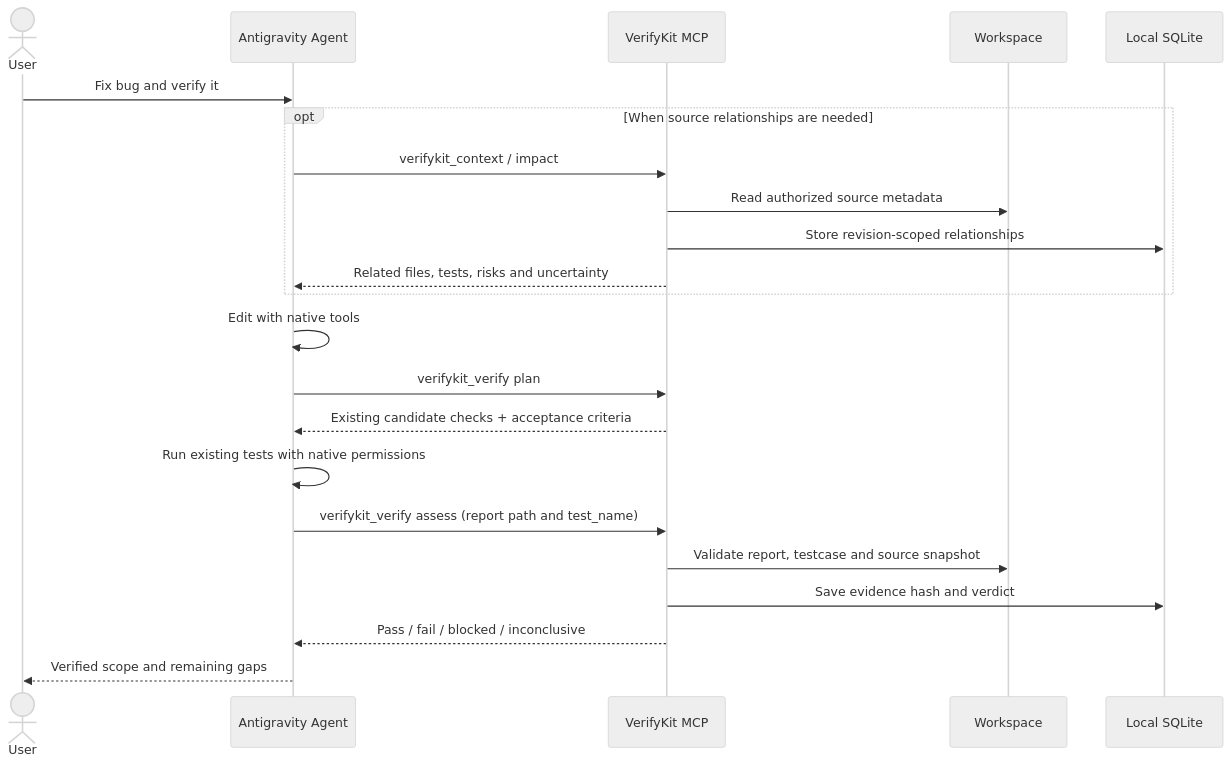
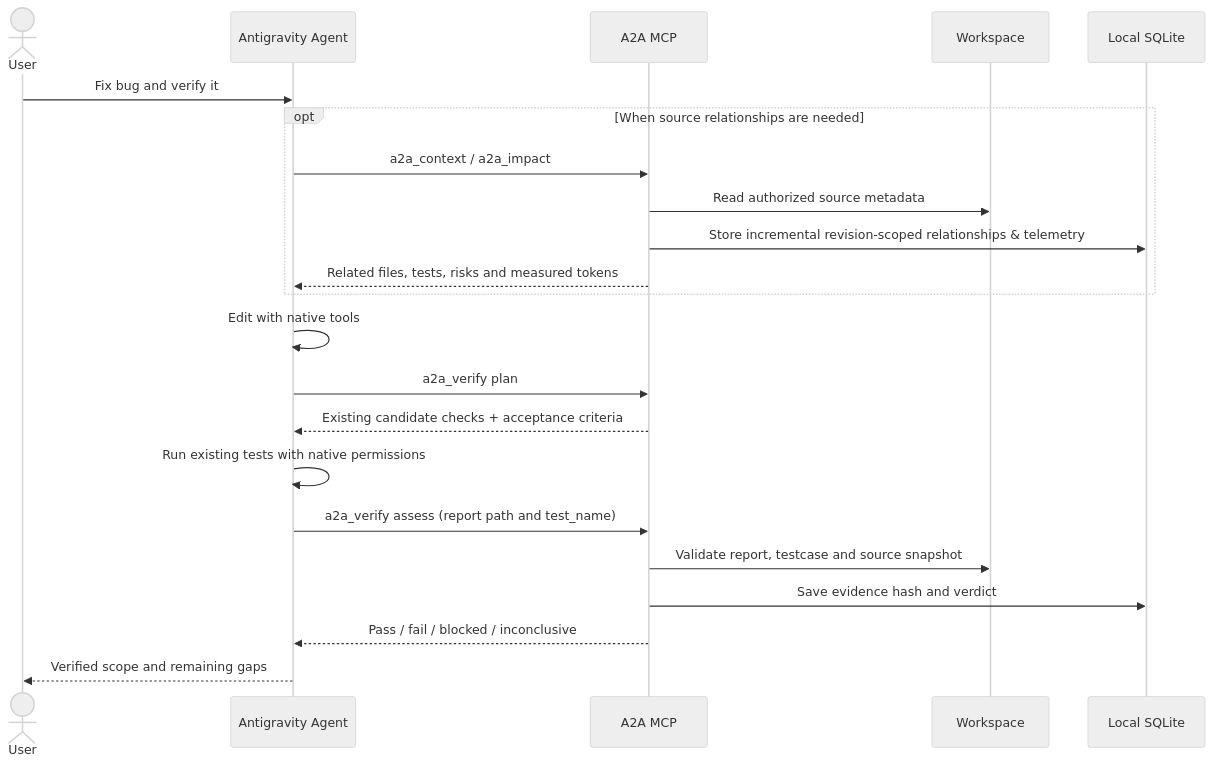
Before and after one commit to alifakbxr/a2a: the diagram in docs/ARCHITECTURE.md, drawn with Mermaid (neutral theme). The commit also changed other lines of this file and 29 other files, not shown here.

````diff
--- a/docs/ARCHITECTURE.md
+++ b/docs/ARCHITECTURE.md
@@ -25,24 +26,24 @@
 ```mermaid
 sequenceDiagram
   actor User
   participant AG as Antigravity Agent
-  participant VK as VerifyKit MCP
+  participant A2A as A2A MCP
   participant FS as Workspace
   participant DB as Local SQLite
   User->>AG: Fix bug and verify it
   opt When source relationships are needed
-    AG->>VK: verifykit_context / impact
-    VK->>FS: Read authorized source metadata
-    VK->>DB: Store revision-scoped relationships
-    VK-->>AG: Related files, tests, risks and uncertainty
+    AG->>A2A: a2a_context / a2a_impact
+    A2A->>FS: Read authorized source metadata
+    A2A->>DB: Store incremental revision-scoped relationships & telemetry
+    A2A-->>AG: Related files, tests, risks and measured tokens
   end
   AG->>AG: Edit with native tools
-  AG->>VK: verifykit_verify plan
-  VK-->>AG: Existing candidate checks + acceptance criteria
+  AG->>A2A: a2a_verify plan
+  A2A-->>AG: Existing candidate checks + acceptance criteria
   AG->>AG: Run existing tests with native permissions
-  AG->>VK: verifykit_verify assess (report path and test_name)
-  VK->>FS: Validate report, testcase and source snapshot
-  VK->>DB: Save evidence hash and verdict
-  VK-->>AG: Pass / fail / blocked / inconclusive
+  AG->>A2A: a2a_verify assess (report path and test_name)
+  A2A->>FS: Validate report, testcase and source snapshot
+  A2A->>DB: Save evidence hash and verdict
+  A2A-->>AG: Pass / fail / blocked / inconclusive
   AG-->>User: Verified scope and remaining gaps
 ```
````
